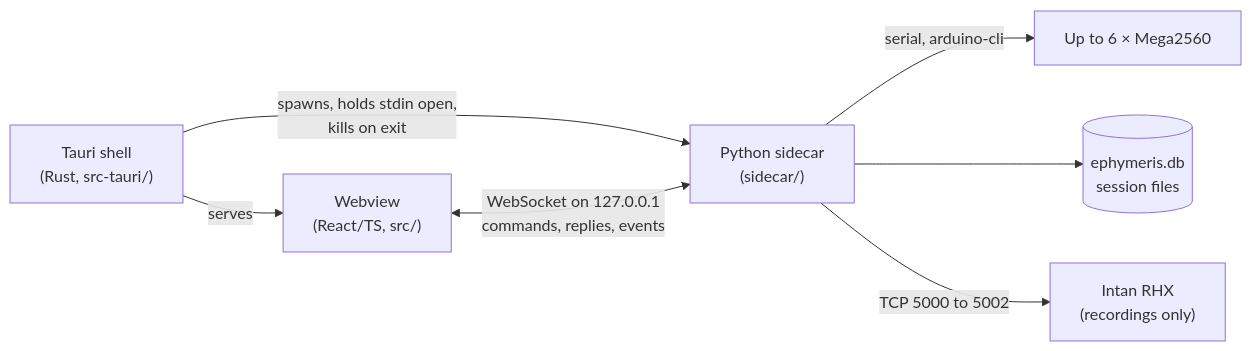
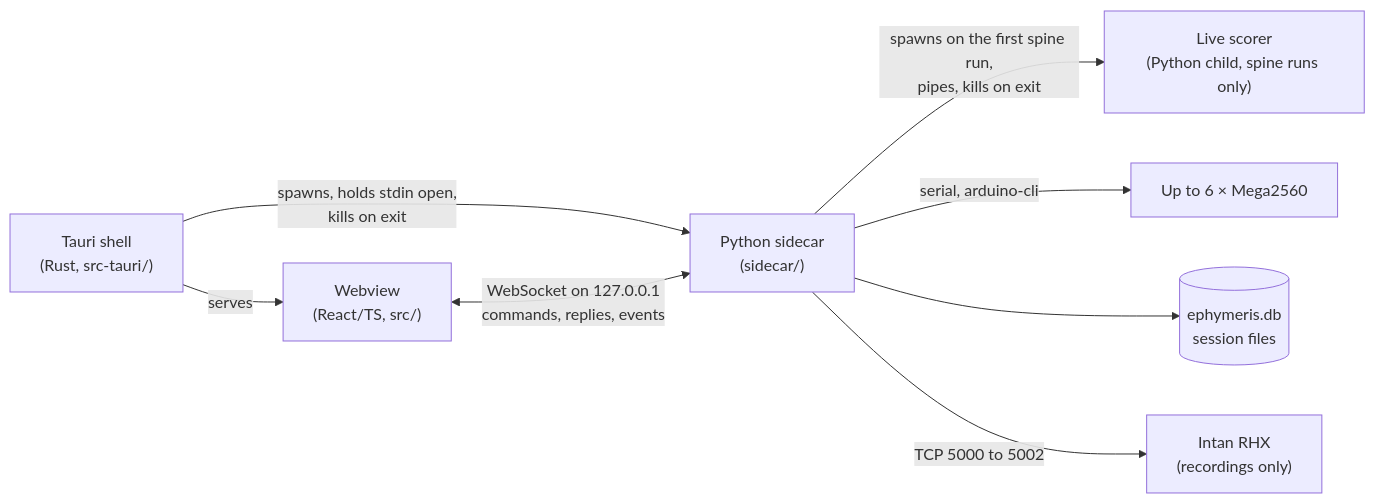
One commit to Chase-NJ/Ephymeris changed the first of 9 diagrams in docs/ARCHITECTURE.md. Above: the diagram before and after it, drawn with Mermaid. The commit also changed other lines of this file and 42 other files, not shown here.

First line of the commit message:
Replay a running spine task live in Mission Control (#157)

````diff
--- a/docs/ARCHITECTURE.md
+++ b/docs/ARCHITECTURE.md
@@ -99,15 +99,17 @@
 ```mermaid
 flowchart LR
     shell["Tauri shell<br/>(Rust, src-tauri/)"]
     webview["Webview<br/>(React/TS, src/)"]
     sidecar["Python sidecar<br/>(sidecar/)"]
     boards["Up to 6 × Mega2560"]
     store[("ephymeris.db<br/>session files")]
     rhx["Intan RHX<br/>(recordings only)"]
+    scorer["Live scorer<br/>(Python child, spine runs only)"]
     shell -->|"spawns, holds stdin open,<br/>kills on exit"| sidecar
+    sidecar -->|"spawns on the first spine run,<br/>pipes, kills on exit"| scorer
     shell -->|"serves"| webview
     webview <-->|"WebSocket on 127.0.0.1<br/>commands, replies, events"| sidecar
     sidecar -->|"serial, arduino-cli"| boards
     sidecar --> store
     sidecar -->|"TCP 5000 to 5002"| rhx
 ```
````
